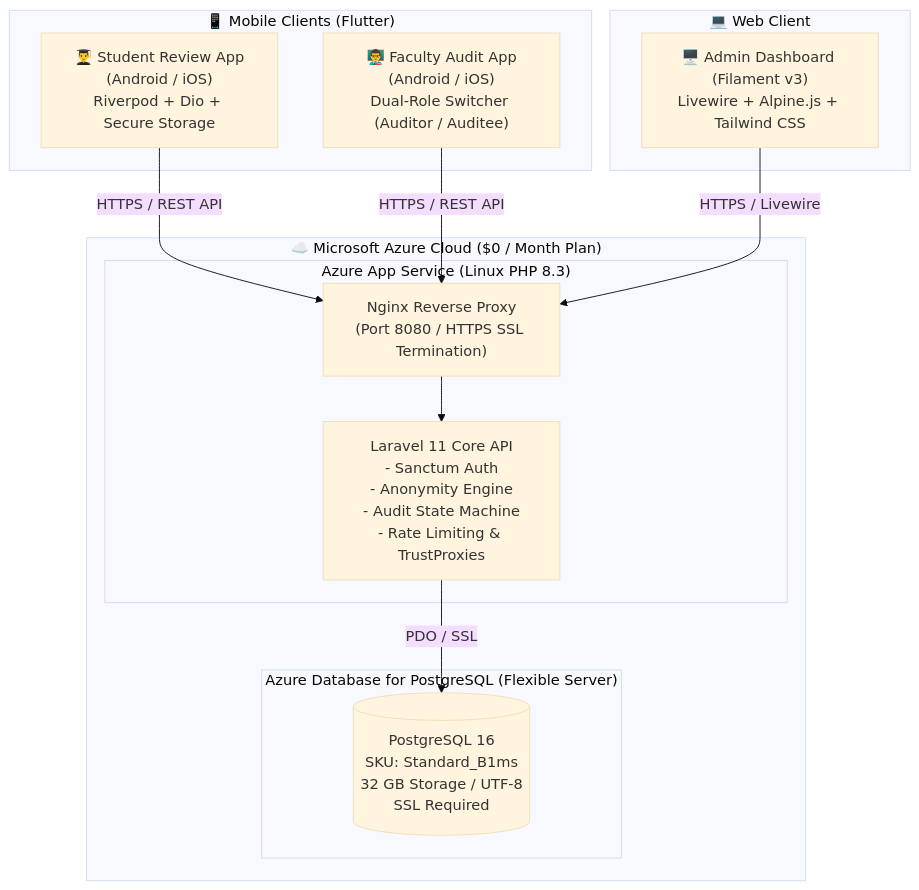
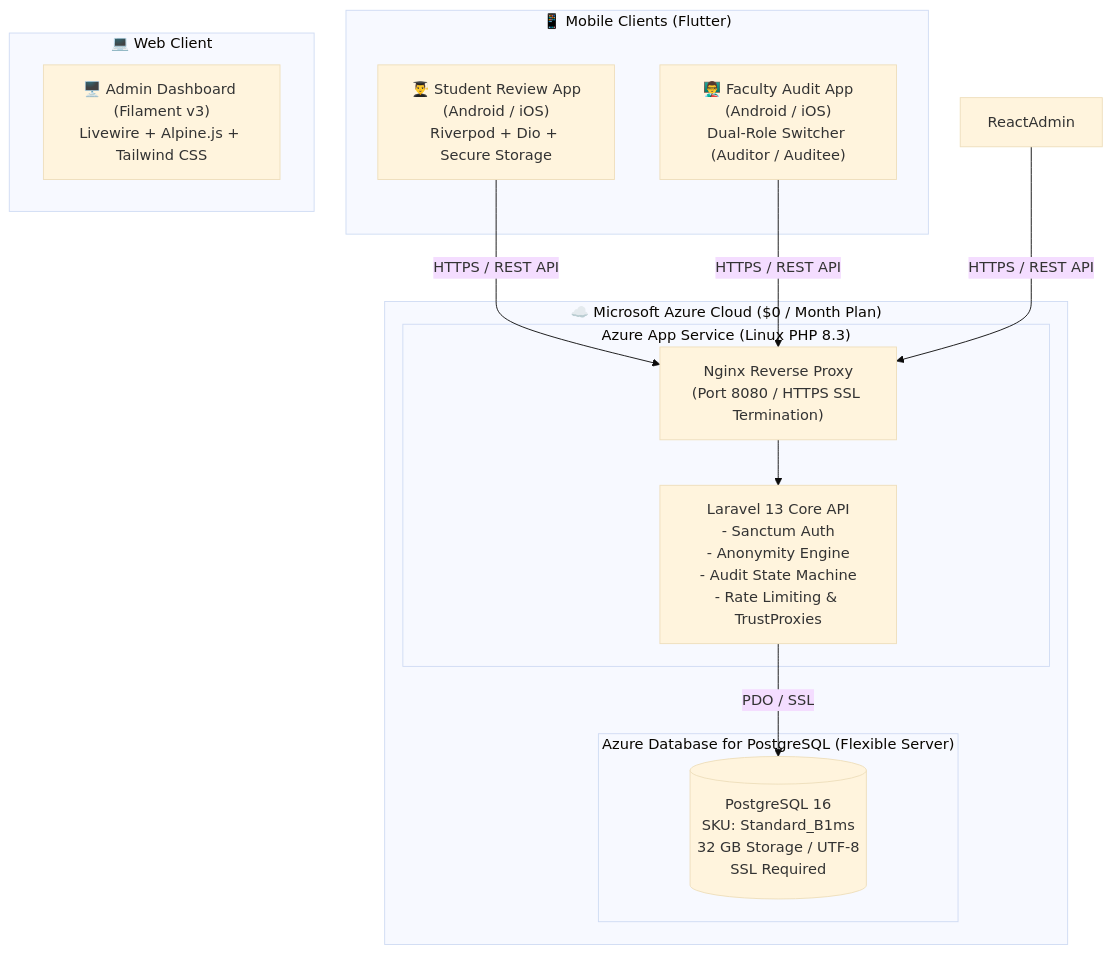
The first of 4 diagrams in FASRE_MASTER_DOCUMENTATION.md (HussainRizvi-12/fasre-backend), drawn with Mermaid (base theme) before and after one commit. The commit also changed other lines of this file and 8 other files, not shown here.

Commit message:
fix: harden auth middleware, timing attacks, and update admin portal build

````diff
--- a/FASRE_MASTER_DOCUMENTATION.md
+++ b/FASRE_MASTER_DOCUMENTATION.md
@@ -28,28 +28,28 @@
 ```mermaid
 flowchart TB
     subgraph Clients["📱 Mobile Clients (Flutter)"]
         StudentApp["👨‍🎓 Student Review App\n(Android / iOS)\nRiverpod + Dio + Secure Storage"]
         FacultyApp["👨‍🏫 Faculty Audit App\n(Android / iOS)\nDual-Role Switcher (Auditor / Auditee)"]
     end
 
     subgraph AdminClient["💻 Web Client"]
         FilamentAdmin["🖥️ Admin Dashboard (Filament v3)\nLivewire + Alpine.js + Tailwind CSS"]
     end
 
     subgraph AzureCloud["☁️ Microsoft Azure Cloud ($0 / Month Plan)"]
         subgraph AppService["Azure App Service (Linux PHP 8.3)"]
             Nginx["Nginx Reverse Proxy\n(Port 8080 / HTTPS SSL Termination)"]
-            LaravelAPI["Laravel 11 Core API\n- Sanctum Auth\n- Anonymity Engine\n- Audit State Machine\n- Rate Limiting & TrustProxies"]
+            LaravelAPI["Laravel 13 Core API\n- Sanctum Auth\n- Anonymity Engine\n- Audit State Machine\n- Rate Limiting & TrustProxies"]
         end
 
         subgraph Database["Azure Database for PostgreSQL (Flexible Server)"]
             PGSQL[("PostgreSQL 16\nSKU: Standard_B1ms\n32 GB Storage / UTF-8\nSSL Required")]
         end
     end
 
     StudentApp -->|HTTPS / REST API| Nginx
     FacultyApp -->|HTTPS / REST API| Nginx
-    FilamentAdmin -->|HTTPS / Livewire| Nginx
+    ReactAdmin -->|HTTPS / REST API| Nginx
     Nginx --> LaravelAPI
     LaravelAPI -->|PDO / SSL| PGSQL
 ```
````
